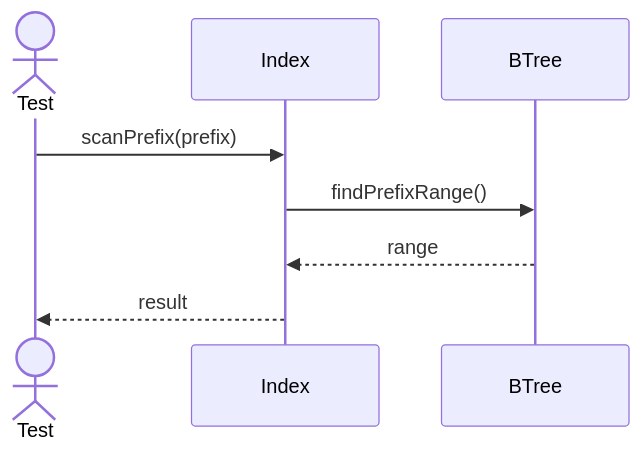
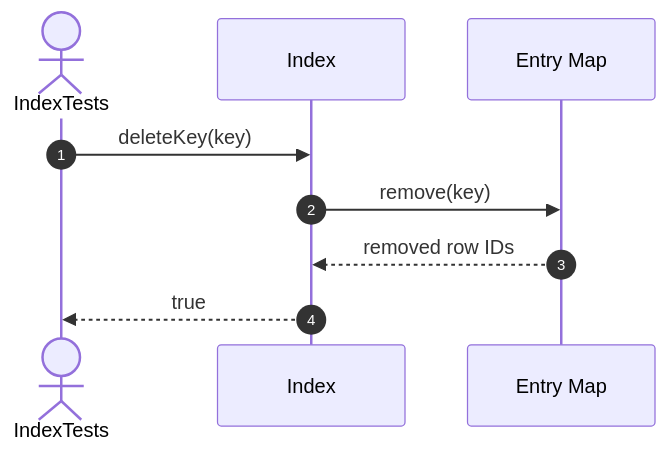
Diagram 12 of 15 in src/tests/unit/metadata/sequences/indexs-testing.se.md (FhuAnn/-bbv-AN-s-DBMS), drawn with Mermaid before and after one commit. The commit also changed other lines of this file and 60 other files, not shown here.

Commit message:
refactor data table, row, column, constraint, index test file

````diff
--- a/src/tests/unit/metadata/sequences/indexs-testing.se.md
+++ b/src/tests/unit/metadata/sequences/indexs-testing.se.md
@@ -307,11 +199,12 @@
 ```mermaid
 sequenceDiagram
-actor Test
-participant Index
-participant BTree
+    autonumber
+    actor Test as IndexTests
+    participant Index as Index
+    participant Entries as Entry Map
 
-Test->>Index: scanPrefix(prefix)
-Index->>BTree: findPrefixRange()
-BTree-->>Index: range
-Index-->>Test: result
+    Test->>Index: deleteKey(key)
+    Index->>Entries: remove(key)
+    Entries-->>Index: removed row IDs
+    Index-->>Test: true
 ```
````
